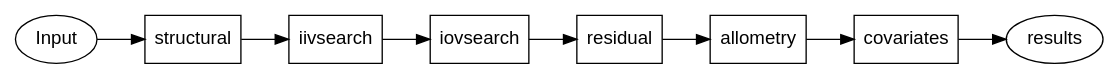
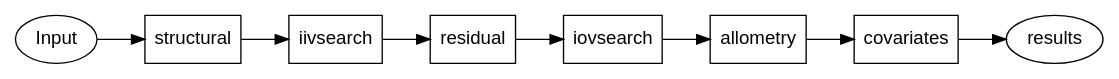
Before and after one commit to pharmpy/pharmpy: the first of 3 diagrams in docs/amd.rst, drawn with Graphviz. The commit also changed other lines of this file and 1 other file, not shown here.

Commit message:
Change default order in amd and update documentation

```diff
--- a/docs/amd.rst
+++ b/docs/amd.rst
@@ -136,22 +136,22 @@
 .. graphviz::
 
     digraph BST {
             node [fontname="Arial",shape="rect"];
             rankdir="LR";
             base [label="Input", shape="oval"]
             s0 [label="structural"]
             s1 [label="iivsearch"]
-            s2 [label="iovsearch"]
-            s3 [label="residual"]
+            s2 [label="residual"]
+            s3 [label="iovsearch"]
             s4 [label="allometry"]
             s5 [label="covariates"]
             s6 [label="results", shape="oval"]
 
             base -> s0
             s0 -> s1
             s1 -> s2
             s2 -> s3
             s3 -> s4
             s4 -> s5
             s5 -> s6
         }
```
